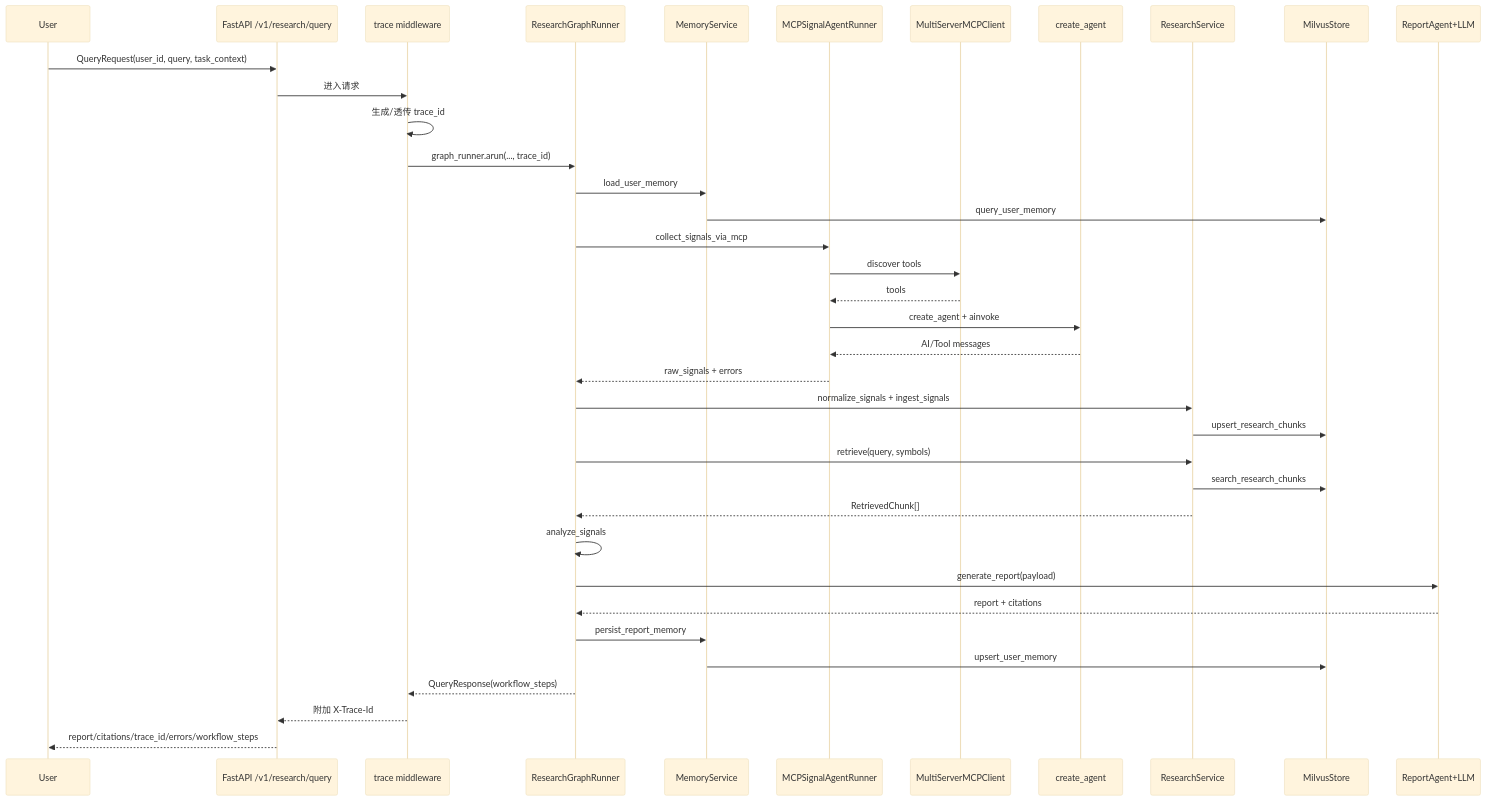
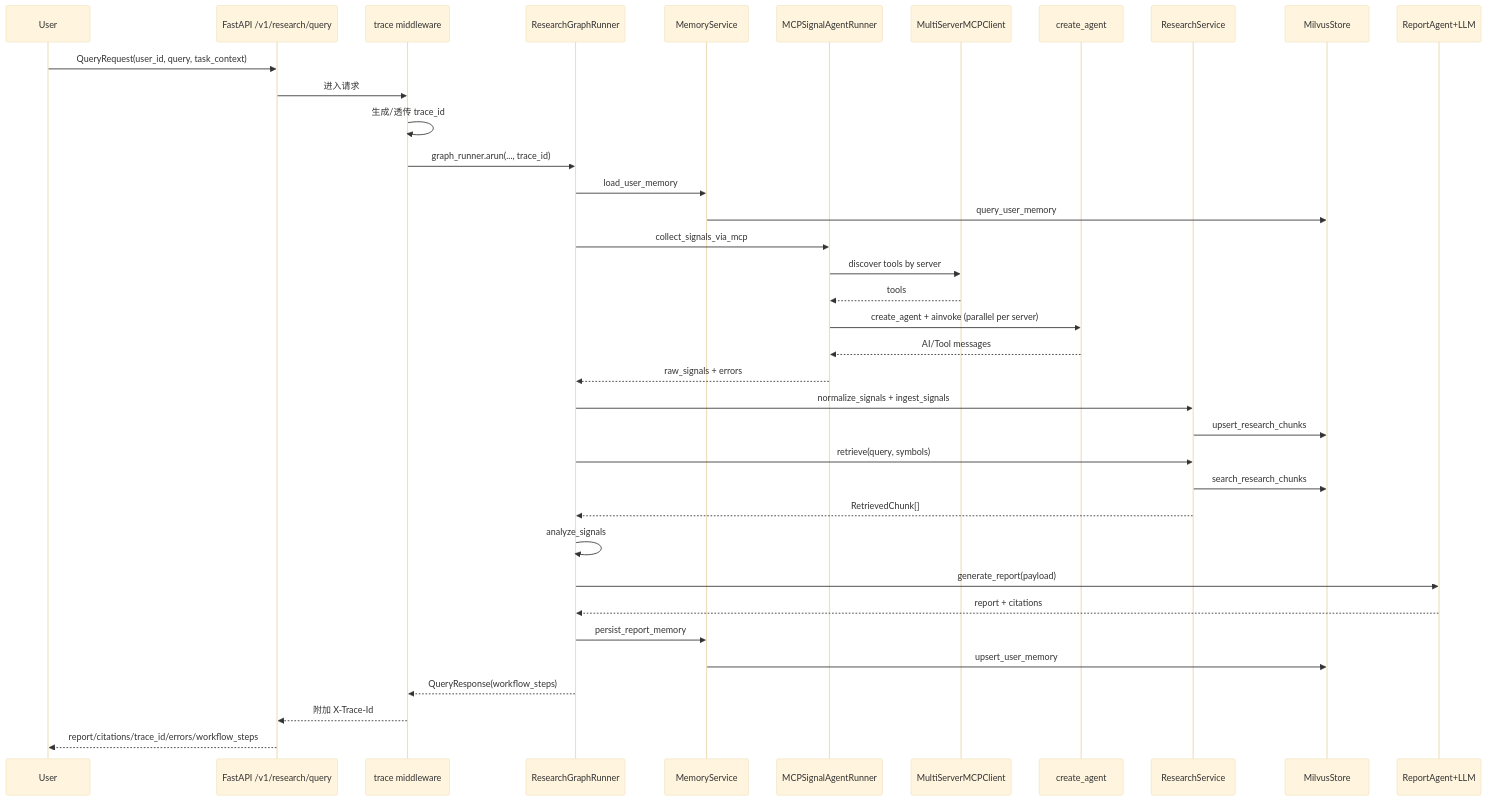
The diagram in docs/architecture.md (TeaBambooNGU/CryptoSignalAgent), drawn with Mermaid (base theme) before and after one commit. The commit also changed other lines of this file and 20 other files, not shown here.

````diff
--- a/docs/architecture.md
+++ b/docs/architecture.md
@@ -109,40 +111,40 @@
 ```mermaid
 sequenceDiagram
     participant U as User
     participant API as FastAPI /v1/research/query
     participant MW as trace middleware
     participant G as ResearchGraphRunner
     participant MEM as MemoryService
     participant MCP as MCPSignalAgentRunner
     participant ADP as MultiServerMCPClient
     participant AG as create_agent
     participant RET as ResearchService
     participant MIL as MilvusStore
     participant LLM as ReportAgent+LLM
 
     U->>API: QueryRequest(user_id, query, task_context)
     API->>MW: 进入请求
     MW->>MW: 生成/透传 trace_id
     MW->>G: graph_runner.arun(..., trace_id)
     G->>MEM: load_user_memory
     MEM->>MIL: query_user_memory
     G->>MCP: collect_signals_via_mcp
-    MCP->>ADP: discover tools
+    MCP->>ADP: discover tools by server
     ADP-->>MCP: tools
-    MCP->>AG: create_agent + ainvoke
+    MCP->>AG: create_agent + ainvoke (parallel per server)
     AG-->>MCP: AI/Tool messages
     MCP-->>G: raw_signals + errors
     G->>RET: normalize_signals + ingest_signals
     RET->>MIL: upsert_research_chunks
     G->>RET: retrieve(query, symbols)
     RET->>MIL: search_research_chunks
     RET-->>G: RetrievedChunk[]
     G->>G: analyze_signals
     G->>LLM: generate_report(payload)
     LLM-->>G: report + citations
     G->>MEM: persist_report_memory
     MEM->>MIL: upsert_user_memory
     G-->>MW: QueryResponse(workflow_steps)
     MW-->>API: 附加 X-Trace-Id
     API-->>U: report/citations/trace_id/errors/workflow_steps
 ```
````
